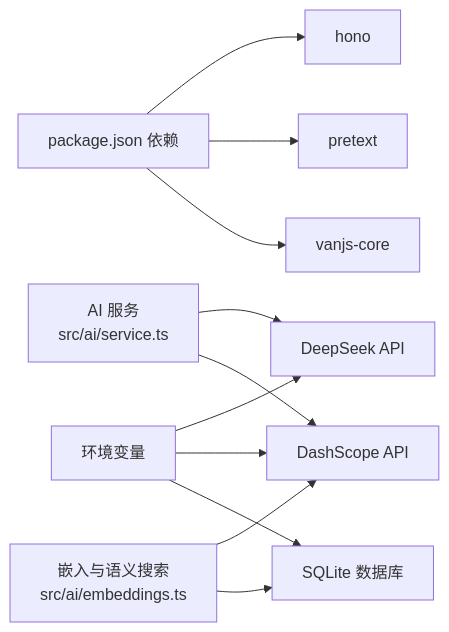
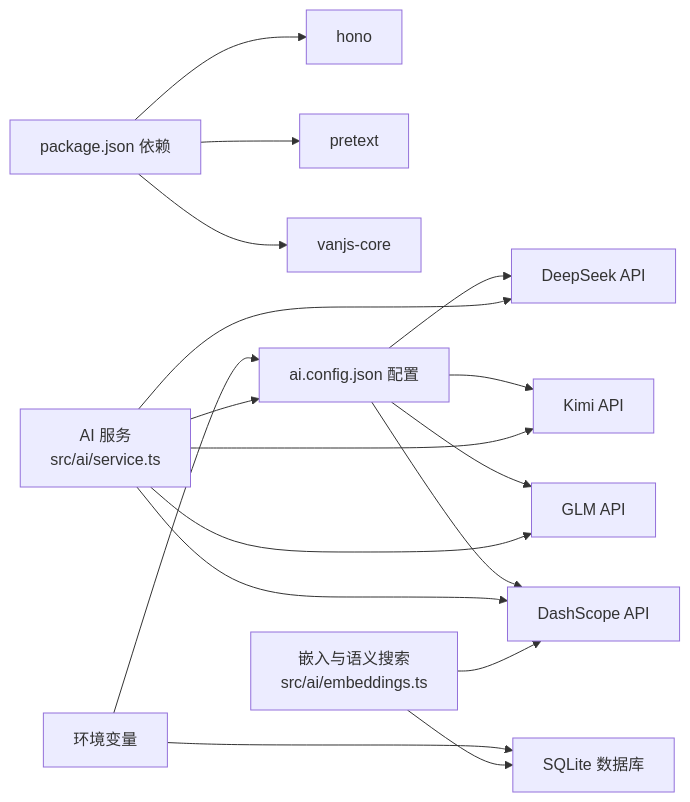
One commit to BlackBoxRecorder/memos changed the sixth of 6 diagrams in .qoder/repowiki/zh/content/API 接口文档/AI 集成 API.md. Above: the diagram before and after it, drawn with Mermaid. The commit also changed other lines of this file and 8 other files, not shown here.

````diff
--- a/.qoder/repowiki/zh/content/API 接口文档/AI 集成 API.md
+++ b/.qoder/repowiki/zh/content/API 接口文档/AI 集成 API.md
@@ -289,13 +368,19 @@
 ```mermaid
 graph LR
 P["package.json 依赖"] --> H["hono"]
 P --> PT["pretext"]
 P --> VJ["vanjs-core"]
-ENV["环境变量"] --> DS["DeepSeek API"]
-ENV --> DSC["DashScope API"]
+CFG["ai.config.json 配置"] --> DS["DeepSeek API"]
+CFG --> KM["Kimi API"]
+CFG --> GLM["GLM API"]
+CFG --> DSC["DashScope API"]
+ENV["环境变量"] --> CFG
 ENV --> DB["SQLite 数据库"]
-SVC["AI 服务<br/>src/ai/service.ts"] --> DS
+SVC["AI 服务<br/>src/ai/service.ts"] --> CFG
+SVC --> DS
+SVC --> KM
+SVC --> GLM
 SVC --> DSC
 EMB["嵌入与语义搜索<br/>src/ai/embeddings.ts"] --> DSC
 EMB --> DB
 ```
````
